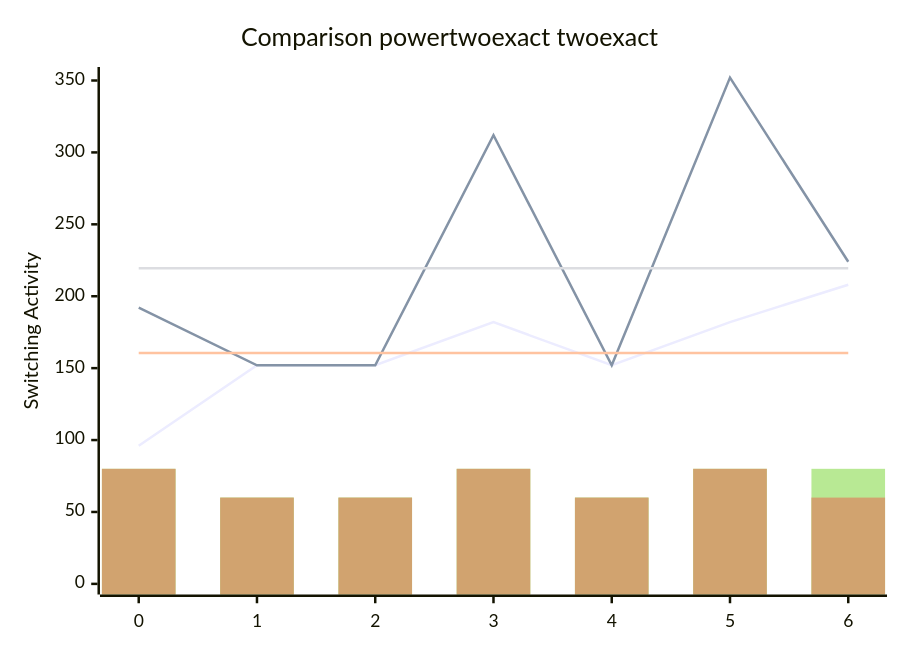
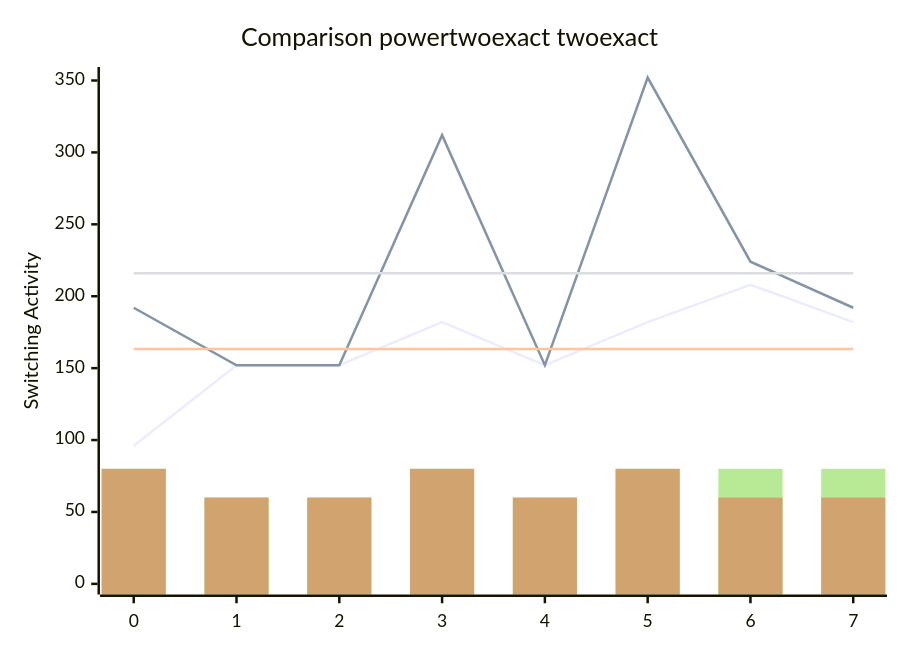
One commit to FeldmeierMichael/Exact-Power-Synthesis changed the diagram in benchmark.md. Above: the diagram before and after it, drawn with Mermaid. The commit also changed other lines of this file and 2 other files, not shown here.

````diff
--- a/benchmark.md
+++ b/benchmark.md
@@ -15,12 +17,12 @@
 ```mermaid
 xychart-beta
     title "Comparison powertwoexact twoexact"
-    x-axis [0, 1, 2, 3, 4, 5, 6]
+    x-axis [0, 1, 2, 3, 4, 5, 6, 7]
     y-axis "Switching Activity" 0-->352
-    line [96, 152, 152, 182, 152, 182, 208]
-    line [192, 152, 152, 312, 152, 352, 224]
-    line [160.57142857142858, 160.57142857142858, 160.57142857142858, 160.57142857142858, 160.57142857142858, 160.57142857142858, 160.57142857142858]
-    line [219.42857142857142, 219.42857142857142, 219.42857142857142, 219.42857142857142, 219.42857142857142, 219.42857142857142, 219.42857142857142]
-    bar [80, 60, 60, 80, 60, 80, 80]
-    bar [80, 60, 60, 80, 60, 80, 60]
+    line [96, 152, 152, 182, 152, 182, 208, 182]
+    line [192, 152, 152, 312, 152, 352, 224, 192]
+    line [163.25, 163.25, 163.25, 163.25, 163.25, 163.25, 163.25, 163.25]
+    line [216.0, 216.0, 216.0, 216.0, 216.0, 216.0, 216.0, 216.0]
+    bar [80, 60, 60, 80, 60, 80, 80, 80]
+    bar [80, 60, 60, 80, 60, 80, 60, 60]
 ```
````
